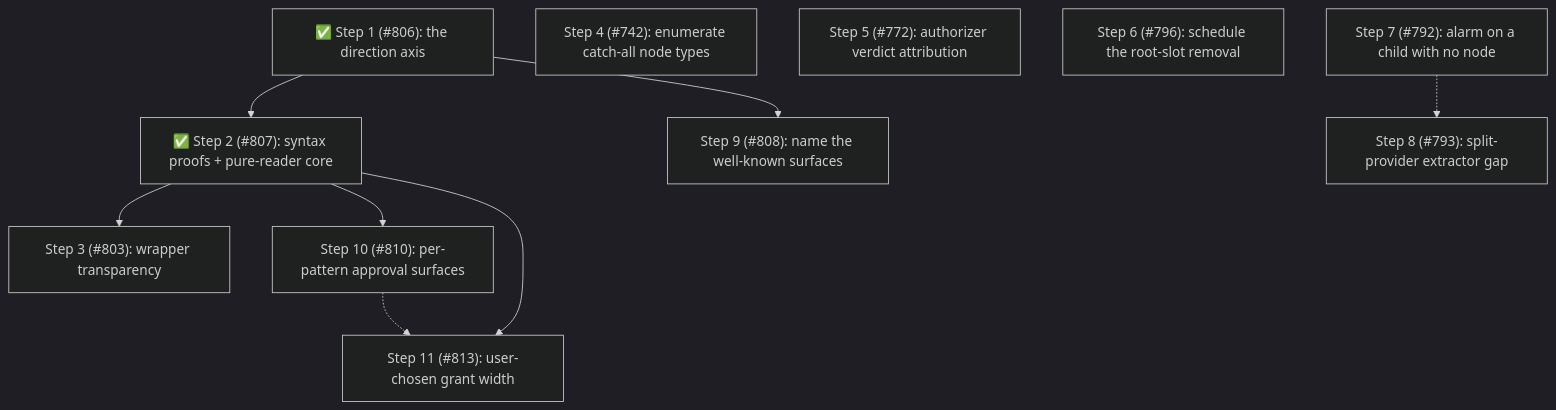
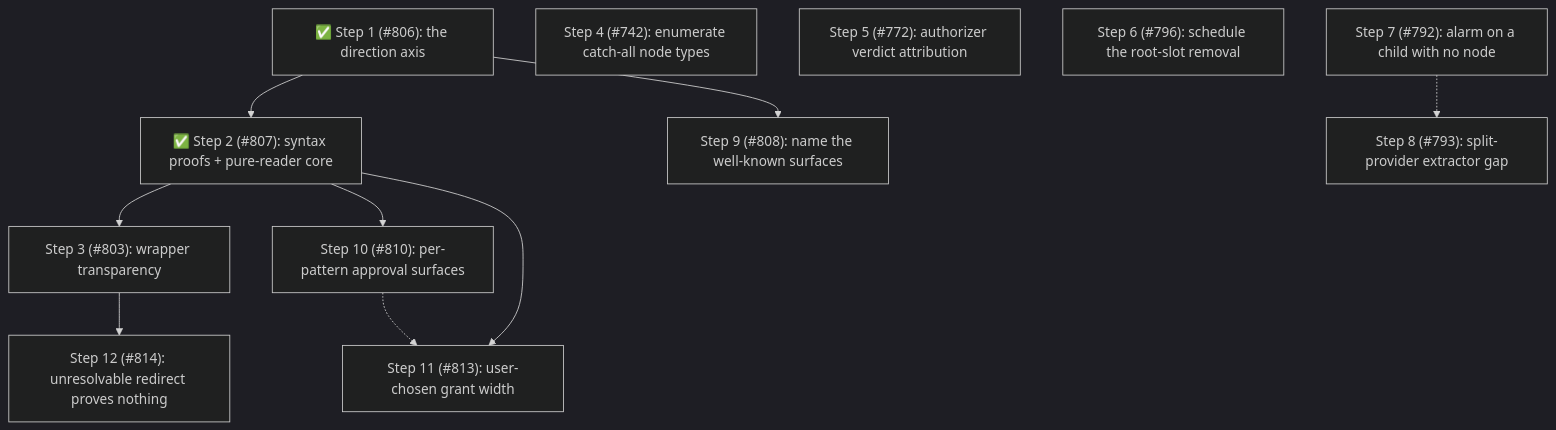
The fourth of 4 diagrams in packages/pi-permission-system/docs/architecture/architecture.md (gotgenes/pi-packages), drawn with Mermaid (dark theme) before and after one commit. The commit also changed other lines of this file, not shown here.

````diff
--- a/packages/pi-permission-system/docs/architecture/architecture.md
+++ b/packages/pi-permission-system/docs/architecture/architecture.md
@@ -1256,18 +1272,19 @@
 ```mermaid
 flowchart TD
     S1["✅ Step 1 (#806): the direction axis"] --> S2["✅ Step 2 (#807): syntax proofs + pure-reader core"]
     S2 --> S3["Step 3 (#803): wrapper transparency"]
     S4["Step 4 (#742): enumerate catch-all node types"]
     S5["Step 5 (#772): authorizer verdict attribution"]
     S6["Step 6 (#796): schedule the root-slot removal"]
     S7["Step 7 (#792): alarm on a child with no node"]
     S8["Step 8 (#793): split-provider extractor gap"]
     S9["Step 9 (#808): name the well-known surfaces"]
     S10["Step 10 (#810): per-pattern approval surfaces"]
     S11["Step 11 (#813): user-chosen grant width"]
+    S3 --> S12["Step 12 (#814): unresolvable redirect proves nothing"]
     S7 -.-> S8
     S1 --> S9
     S2 --> S10
     S2 --> S11
     S10 -.-> S11
 ```
````
